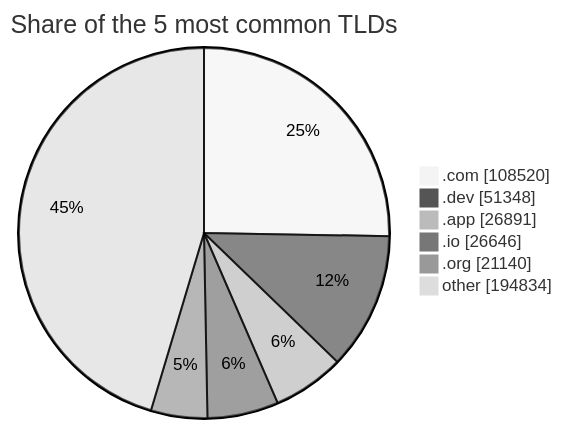
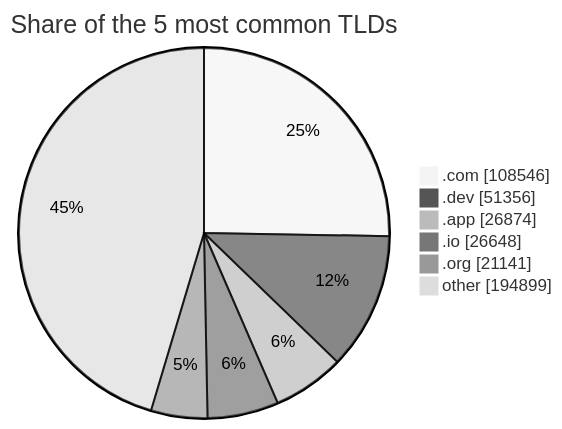
One commit to DNSBunker/CTI changed the third of 3 diagrams in README.md. Above: the diagram before and after it, drawn with Mermaid (neutral theme). The commit also changed other lines of this file and 3 other files, not shown here.

````diff
--- a/README.md
+++ b/README.md
@@ -81,9 +81,9 @@
 ```mermaid
 pie showData title Share of the 5 most common TLDs
-    ".com" : 108520
-    ".dev" : 51348
-    ".app" : 26891
-    ".io" : 26646
-    ".org" : 21140
-    "other" : 194834
+    ".com" : 108546
+    ".dev" : 51356
+    ".app" : 26874
+    ".io" : 26648
+    ".org" : 21141
+    "other" : 194899
 ```
````
